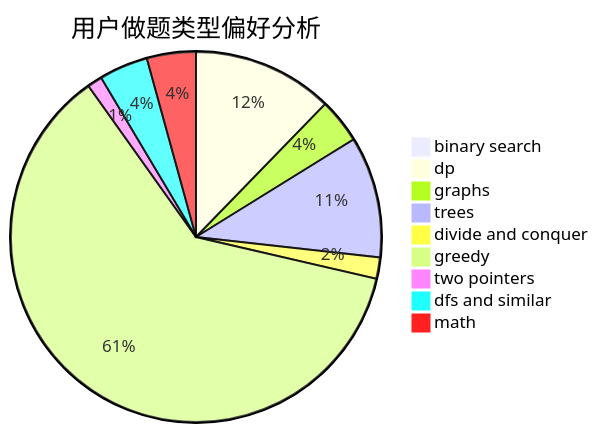
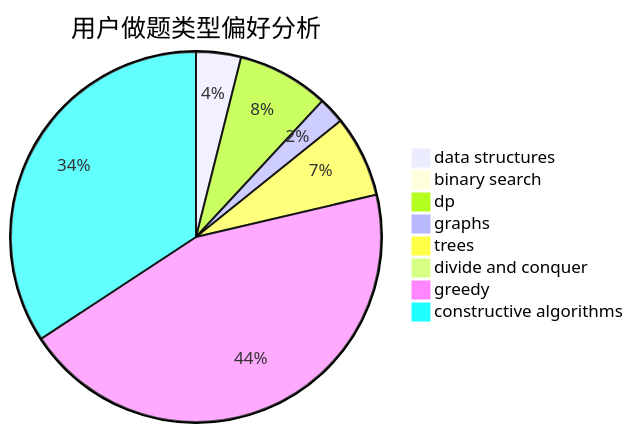
Before and after one commit to sherpahu/cfrs.github.io: the second of 3 diagrams in docs/user/u677.md, drawn with Mermaid. The commit also changed other lines of this file and 2775 other files, not shown here.

````diff
--- a/docs/user/u677.md
+++ b/docs/user/u677.md
@@ -23,12 +23,11 @@
 ```mermaid
 pie title 用户做题类型偏好分析
-    "binary search" :  1
-    "dp" :  66
-    "graphs" :  21
-    "trees" :  57
-    "divide and conquer" :  10
-    "greedy" :  331
-    "two pointers" :  7
-    "dfs and similar" :  23
-    "math" :  23
+    "data structures" :  27
+    "binary search" :  0
+    "dp" :  55
+    "graphs" :  16
+    "trees" :  49
+    "divide and conquer" :  0
+    "greedy" :  306
+    "constructive algorithms" :  236
 ```
````
